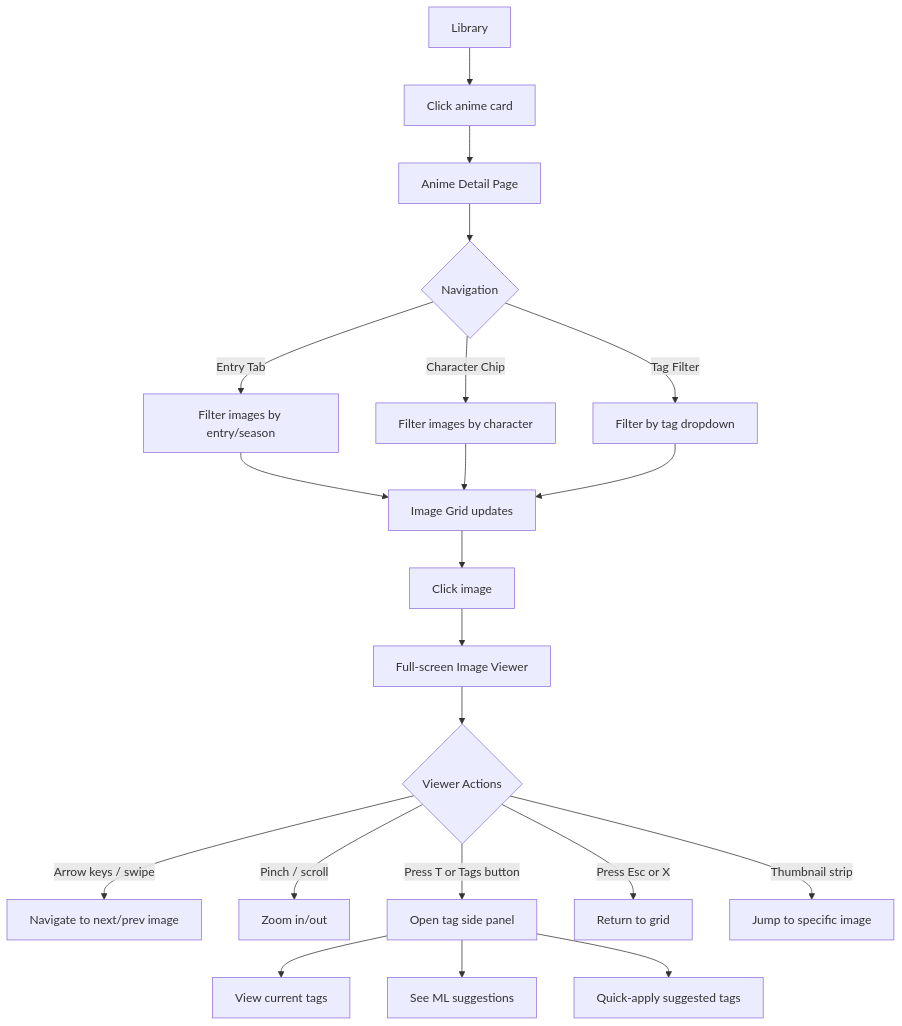
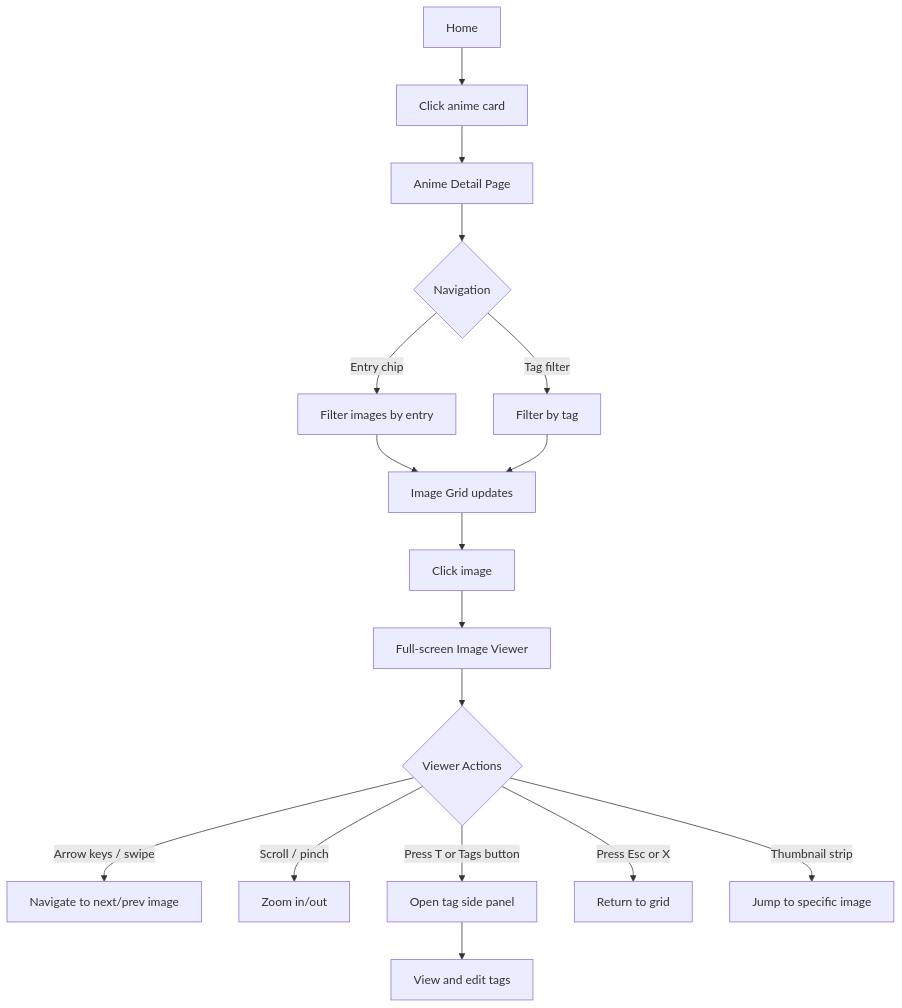
Before and after one commit to michael-freling/anime-image-viewer: the third of 8 diagrams in docs/content/ux-redesign/_index.md, drawn with Mermaid. The commit also changed other lines of this file and 55 other files, not shown here.

````diff
--- a/docs/content/ux-redesign/_index.md
+++ b/docs/content/ux-redesign/_index.md
@@ -111,27 +137,23 @@
 ```mermaid
 flowchart TD
-    A[Library] --> B[Click anime card]
+    A[Home] --> B[Click anime card]
     B --> C[Anime Detail Page]
     C --> D{Navigation}
 
-    D -->|Entry Tab| E[Filter images by entry/season]
-    D -->|Character Chip| F[Filter images by character]
-    D -->|Tag Filter| G[Filter by tag dropdown]
+    D -->|Entry chip| E[Filter images by entry]
+    D -->|Tag filter| F[Filter by tag]
 
-    E --> H[Image Grid updates]
-    F --> H
-    G --> H
+    E --> G[Image Grid updates]
+    F --> G
 
-    H --> I[Click image]
-    I --> J[Full-screen Image Viewer]
+    G --> H[Click image]
+    H --> I[Full-screen Image Viewer]
 
-    J --> K{Viewer Actions}
-    K -->|Arrow keys / swipe| L[Navigate to next/prev image]
-    K -->|Pinch / scroll| M[Zoom in/out]
-    K -->|Press T or Tags button| N[Open tag side panel]
-    N --> O[View current tags]
-    N --> P[See ML suggestions]
-    N --> Q[Quick-apply suggested tags]
-    K -->|Press Esc or X| R[Return to grid]
-    K -->|Thumbnail strip| S[Jump to specific image]
+    I --> J{Viewer Actions}
+    J -->|Arrow keys / swipe| K[Navigate to next/prev image]
+    J -->|Scroll / pinch| L[Zoom in/out]
+    J -->|Press T or Tags button| M[Open tag side panel]
+    M --> N[View and edit tags]
+    J -->|Press Esc or X| O[Return to grid]
+    J -->|Thumbnail strip| P[Jump to specific image]
 ```
````
